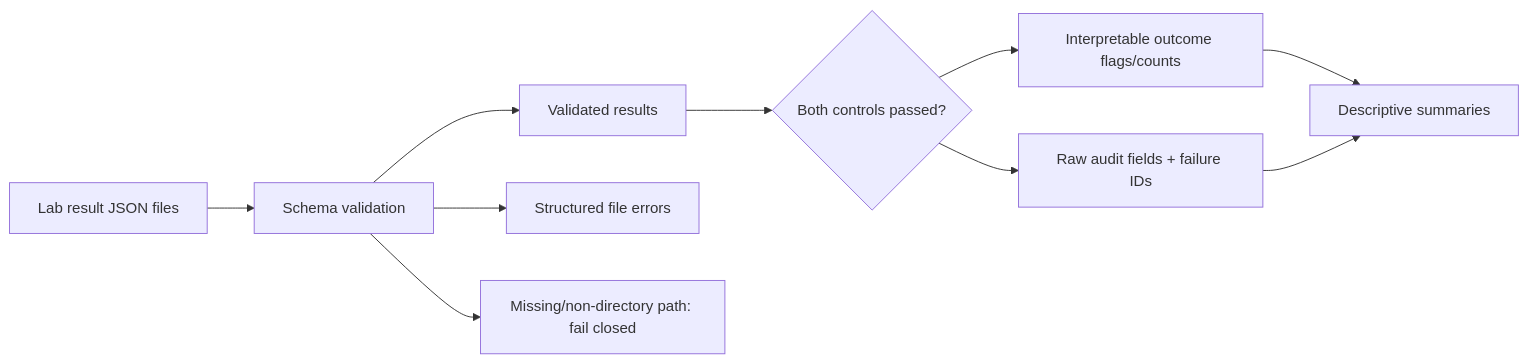
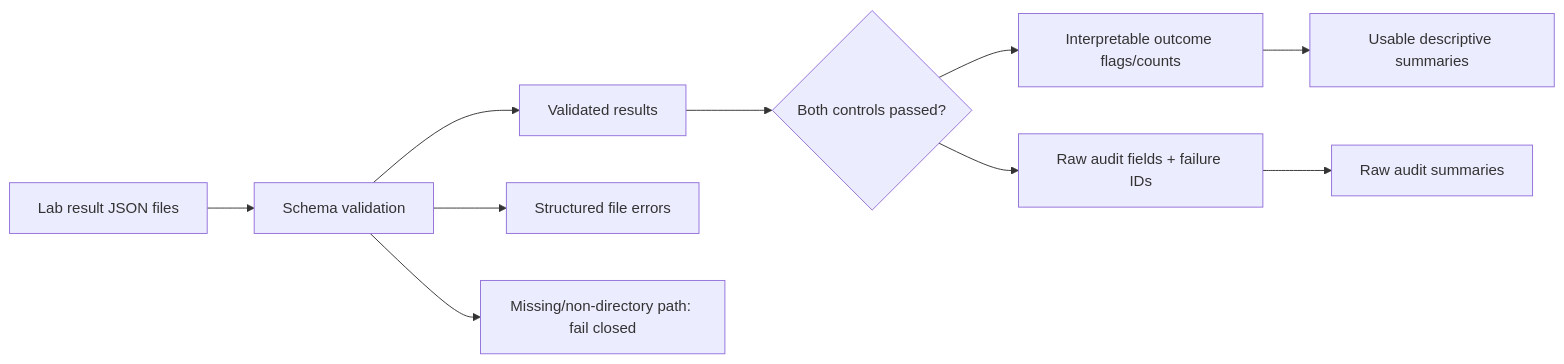
The first of 2 diagrams in src/openamp_foundry/data/AGENTS.md (streamentry/OpenAMP-Foundry), drawn with Mermaid before and after one commit. The commit also changed other lines of this file and 15 other files, not shown here.

First line of the commit message:
fix: separate raw and usable lab summaries

````diff
--- a/src/openamp_foundry/data/AGENTS.md
+++ b/src/openamp_foundry/data/AGENTS.md
@@ -17,12 +18,12 @@
 ```mermaid
 flowchart LR
   Files["Lab result JSON files"] --> Validate["Schema validation"]
   Validate --> Valid["Validated results"]
   Validate --> Errors["Structured file errors"]
   Validate --> PathError["Missing/non-directory path: fail closed"]
   Valid --> Controls{"Both controls passed?"}
   Controls --> Usable["Interpretable outcome flags/counts"]
   Controls --> Raw["Raw audit fields + failure IDs"]
-  Usable --> Summary["Descriptive summaries"]
-  Raw --> Summary
+  Usable --> Summary["Usable descriptive summaries"]
+  Raw --> Audit["Raw audit summaries"]
 ```
````
